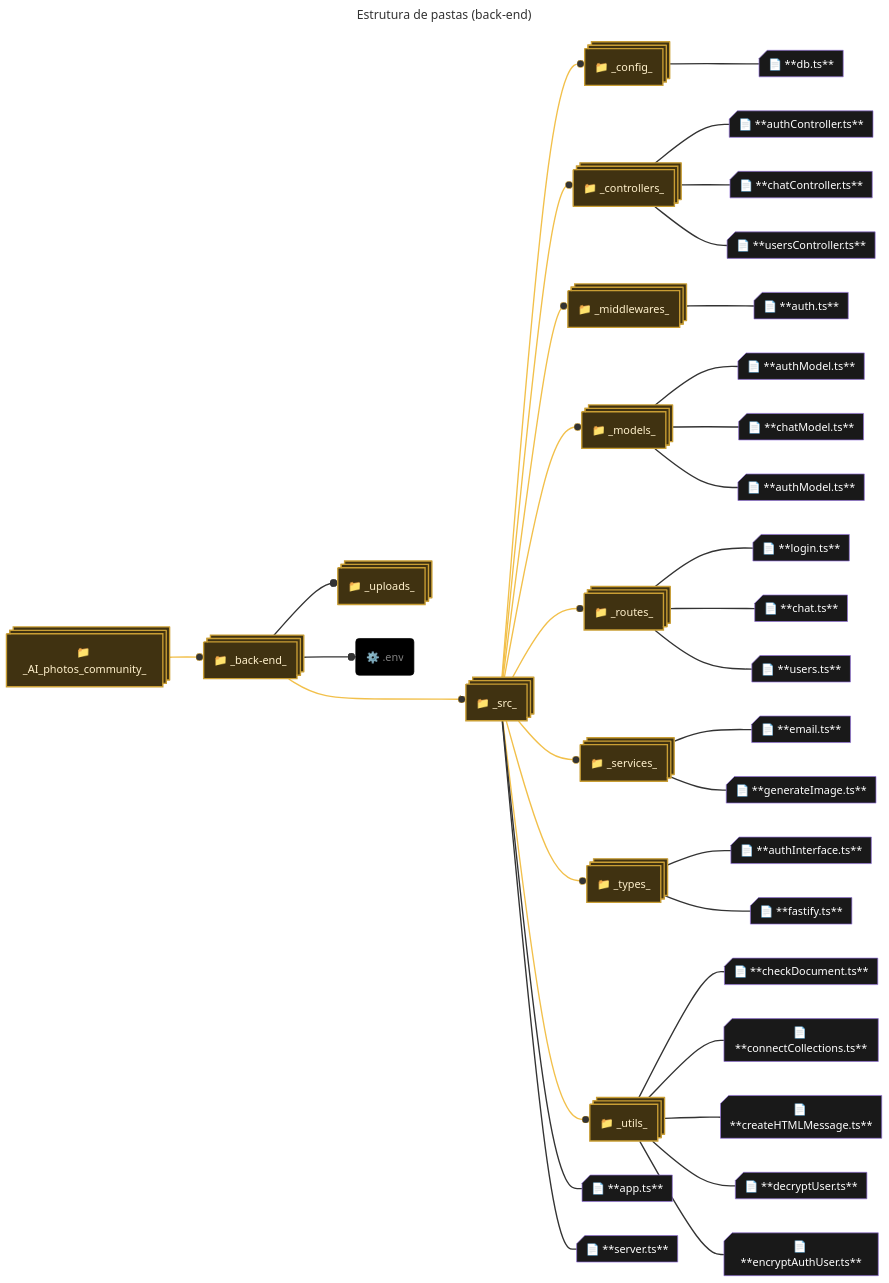
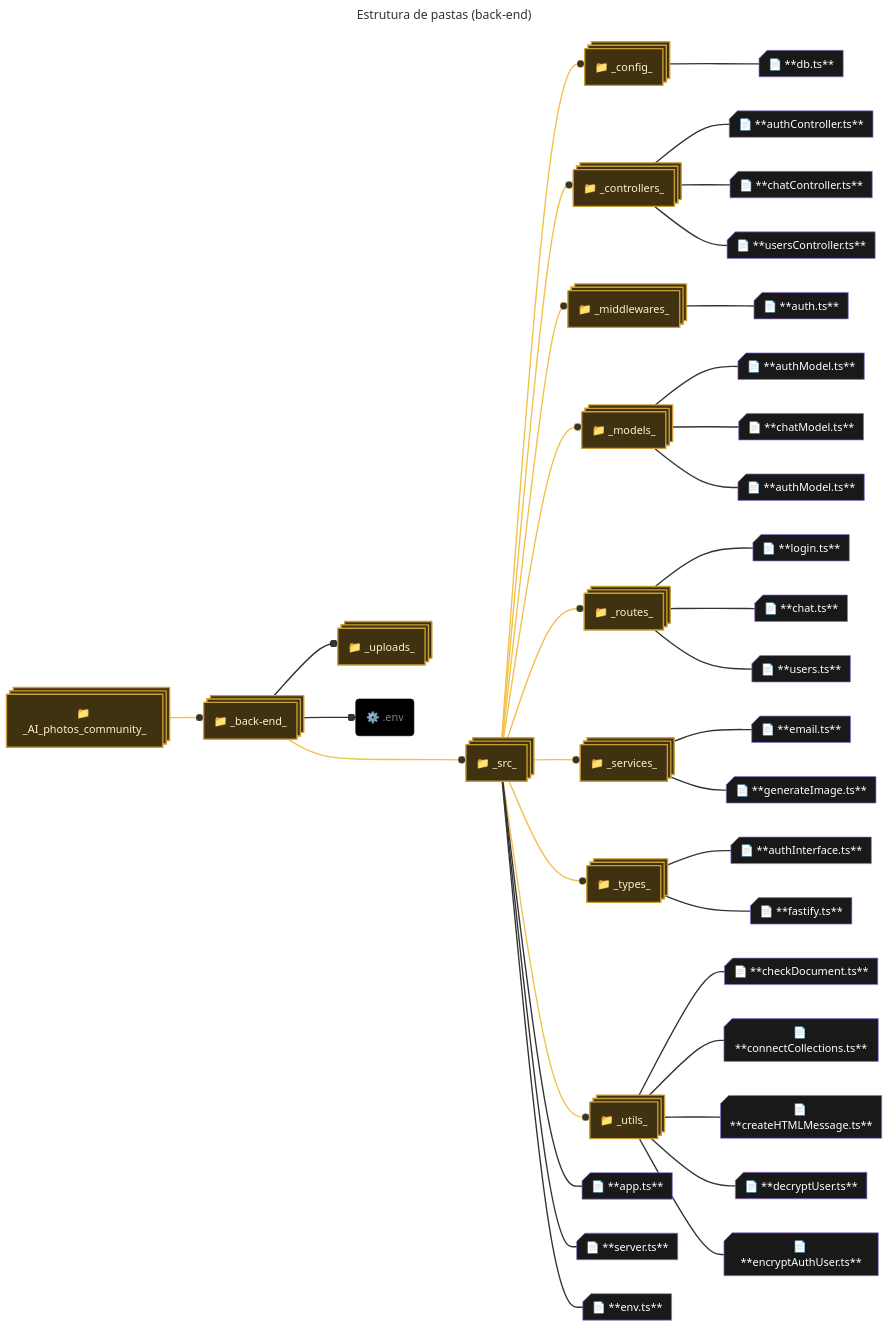
The first of 3 diagrams in README.md (henrygoncalvess/AI-photos-community), drawn with Mermaid before and after one commit.

Commit message:
arquivo env.ts - mermaid.js

````diff
--- a/README.md
+++ b/README.md
@@ -46,66 +46,67 @@
 ``` mermaid
 ---
 title:  Estrutura de pastas (back-end)
 ---
 flowchart LR
     sistema("📁 _AI_photos_community_")@{ shape: processes }
     sistema --o back("📁 _back-end_")@{ shape: processes }
     back ---o src("📁 _src_")@{ shape: processes }
     src --o config("📁 _config_")@{ shape: processes }
     config --- db.ts("📄 **db.ts**")@{ shape: card }
     src --o controllers("📁 _controllers_")@{ shape: processes }
     controllers --- authController.ts("📄 **authController.ts**")@{ shape: card }
     controllers --- chatController.ts("📄 **chatController.ts**")@{ shape: card }
     controllers --- usersController.ts("📄 **usersController.ts**")@{ shape: card }
     src --o middle("📁 _middlewares_")@{ shape: processes }
     middle --- auth.ts("📄 **auth.ts**")@{ shape: card }
     src --o models("📁 _models_")@{ shape: processes }
     models --- authModel.ts("📄 **authModel.ts**")@{ shape: card }
     models --- chatModel.ts("📄 **chatModel.ts**")@{ shape: card }
     models --- usersModel.ts("📄 **authModel.ts**")@{ shape: card }
     src --o routes("📁 _routes_")@{ shape: processes }
     routes --- login.ts("📄 **login.ts**")@{ shape: card }
     routes --- chat.ts("📄 **chat.ts**")@{ shape: card }
     routes --- users.ts("📄 **users.ts**")@{ shape: card }
     src --o services("📁 _services_")@{ shape: processes }
     services --- email.ts("📄 **email.ts**")@{ shape: card }
     services --- generateImage.ts("📄 **generateImage.ts**")@{ shape: card }
     src --o types("📁 _types_")@{ shape: processes }
     types --- authInterface.ts("📄 **authInterface.ts**")@{ shape: card }
     types --- fastify.ts("📄 **fastify.ts**")@{ shape: card }
     src --o utils("📁 _utils_")@{ shape: processes }
     utils --- checkDocument.ts("📄 **checkDocument.ts**")@{ shape: card }
     utils --- connectCollections.ts("📄 **connectCollections.ts**")@{ shape: card }
     utils --- createHTMLMessage.ts("📄 **createHTMLMessage.ts**")@{ shape: card }
     utils --- decryptUser.ts("📄 **decryptUser.ts**")@{ shape: card }
     utils --- encryptAuthUser.ts("📄 **encryptAuthUser.ts**")@{ shape: card }
     src --- app.ts("📄 **app.ts**")@{ shape: card }
     src --- server.ts("📄 **server.ts**")@{ shape: card }
+    src --- env.ts("📄 **env.ts**")@{ shape: card }
     back --o uploads("📁 _uploads_")@{ shape: processes }
     back --o env("⚙️ .env")
     
 
 
 
     %%CLASSES
     classDef default fill:#191919,color:white;
     
     classDef pasta fill:#403211,stroke:#c99e34,stroke-width:2px,color:#fff1cc;
 
     classDef envStyle fill:#000000,stroke:#000000,color:gray;
 
     %%aplicação de classes
     class sistema,back,src,config,controllers,middle,models,routes,services,utils,types,uploads pasta
 
     class env envStyle
 
 
 
     %%LINKS
     
     %%pastas
     linkStyle 0,1,2,4,8,10,14,18,21,24 stroke:#f2c04b
 
     %%arquivos
     linkStyle default stroke-width:2px;
 ```
````
